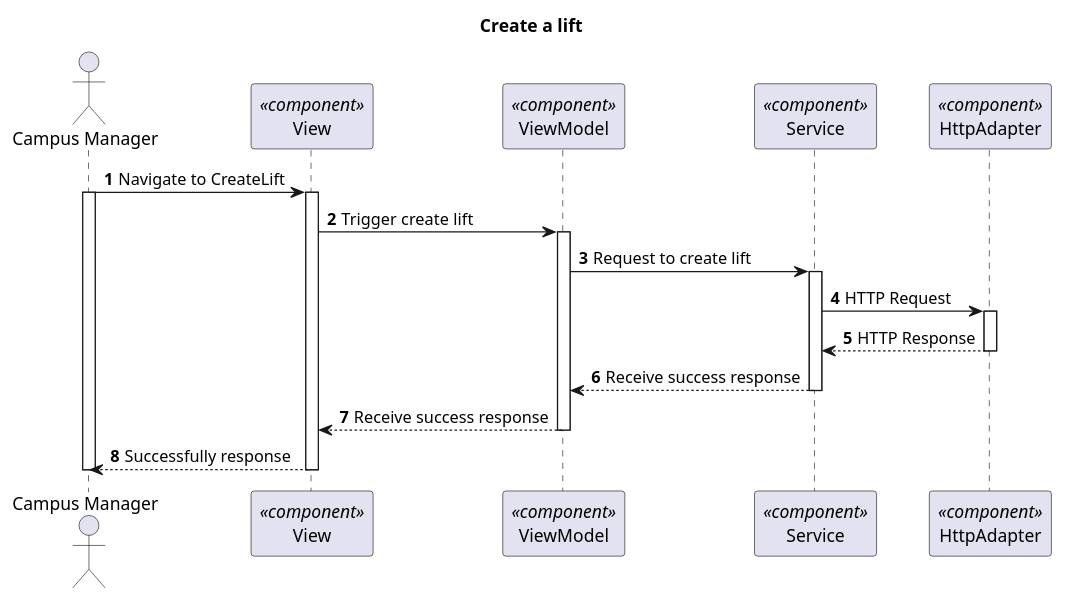
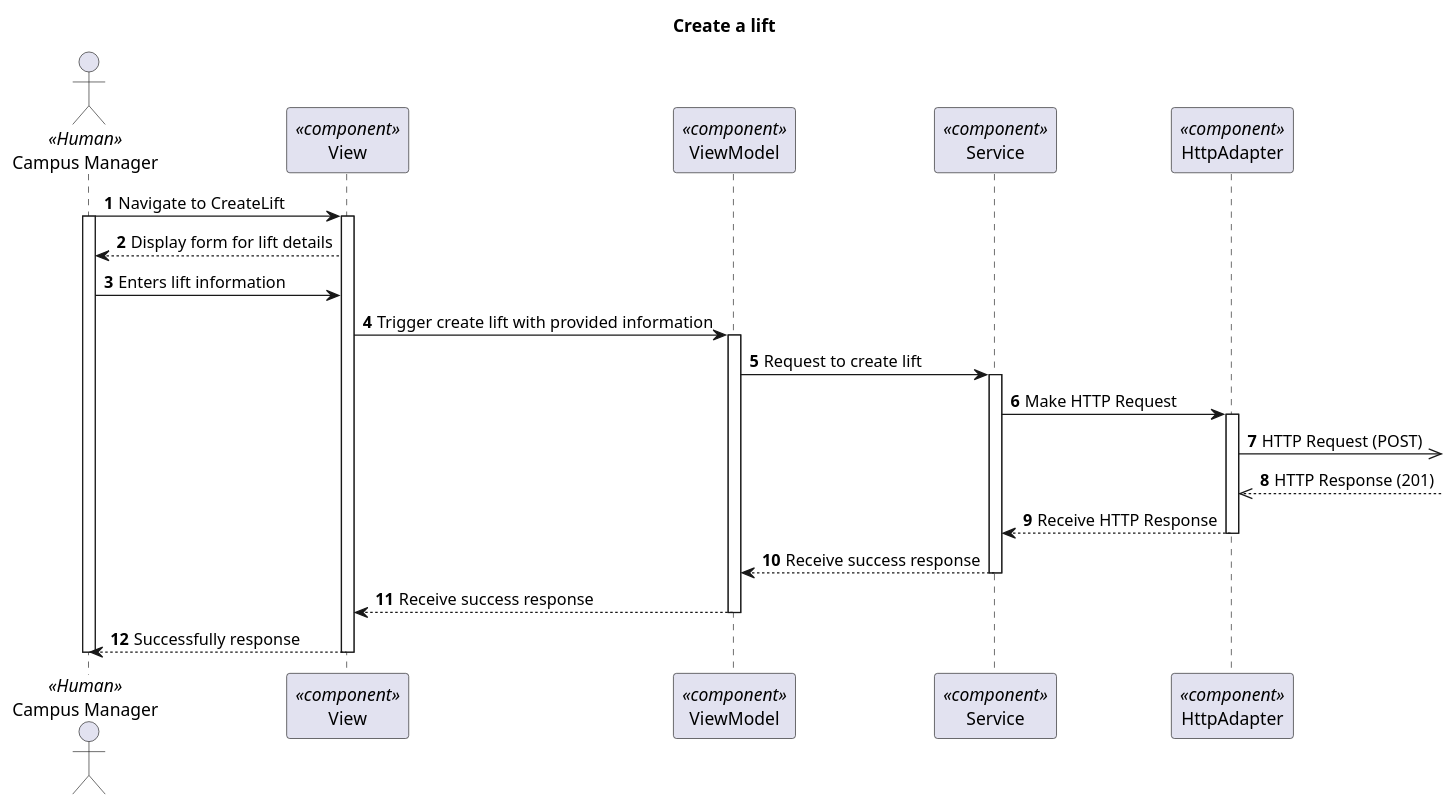
The diagram in docs/VistaProcesso/US270(1130)/Visualization/ProcessView_Level3_US1130.puml (1210910/lapr5), drawn with PlantUML before and after one commit. The commit also changed 42 other files, not shown here.

```diff
--- a/docs/VistaProcesso/US270(1130)/Visualization/ProcessView_Level3_US1130.puml
+++ b/docs/VistaProcesso/US270(1130)/Visualization/ProcessView_Level3_US1130.puml
@@ -1,38 +1,43 @@
 @startuml Process View - Level 3 - Create a lift
 
 autonumber
 skinparam packageStyle rect
 
 title Create a lift
 
-actor "Campus Manager" as CM
+actor "Campus Manager" as CM <<Human>>
 participant "View" as view <<component>>
 participant "ViewModel" as viewModel <<component>>
 participant "Service" as service <<component>>
 participant "HttpAdapter" as httpAdapter <<component>>
 
 CM -> view : Navigate to CreateLift
 activate CM
 activate view
-view -> viewModel : Trigger create lift
+view --> CM : Display form for lift details
+CM -> view : Enters lift information
+
+view -> viewModel : Trigger create lift with provided information
 
 activate viewModel
 viewModel -> service : Request to create lift
 
 activate service
-service -> httpAdapter : HTTP Request
+service -> httpAdapter : Make HTTP Request
 activate httpAdapter
-httpAdapter --> service : HTTP Response
+httpAdapter ->> : HTTP Request (POST)
+httpAdapter <<-- : HTTP Response (201)
+httpAdapter --> service : Receive HTTP Response
 deactivate httpAdapter
 
 service --> viewModel : Receive success response
 deactivate service
 
 viewModel --> view : Receive success response
 deactivate viewModel
 
 view --> CM : Successfully response
 deactivate view
 
 deactivate CM
 @enduml
```
